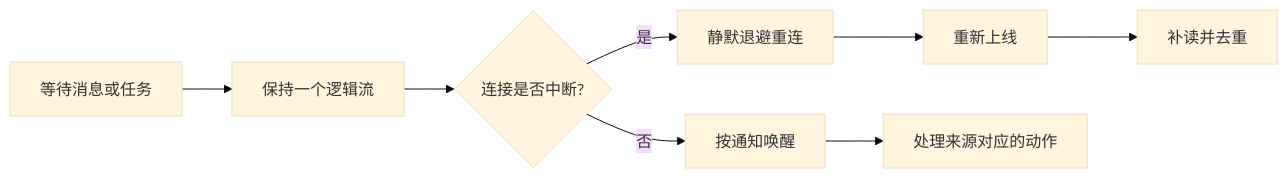
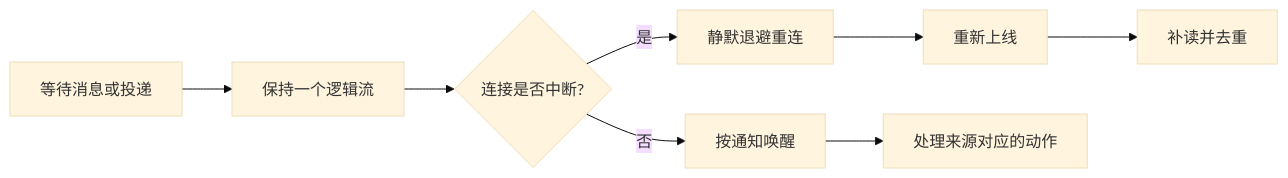
The seventh of 13 diagrams in public/skills/agent-network-skills.md (KonghaYao/agent-network), drawn with Mermaid (base theme) before and after one commit. The commit also changed other lines of this file and 28 other files, not shown here.

````diff
--- a/public/skills/agent-network-skills.md
+++ b/public/skills/agent-network-skills.md
@@ -299,10 +294,10 @@
 ```mermaid
 flowchart LR
-    A["等待消息或任务"] --> B["保持一个逻辑流"]
+    A["等待消息或投递"] --> B["保持一个逻辑流"]
     B --> C{"连接是否中断?"}
     C -- 是 --> D["静默退避重连"]
     D --> E["重新上线"]
     E --> F["补读并去重"]
     C -- 否 --> G["按通知唤醒"]
     G --> H["处理来源对应的动作"]
 ```
````
